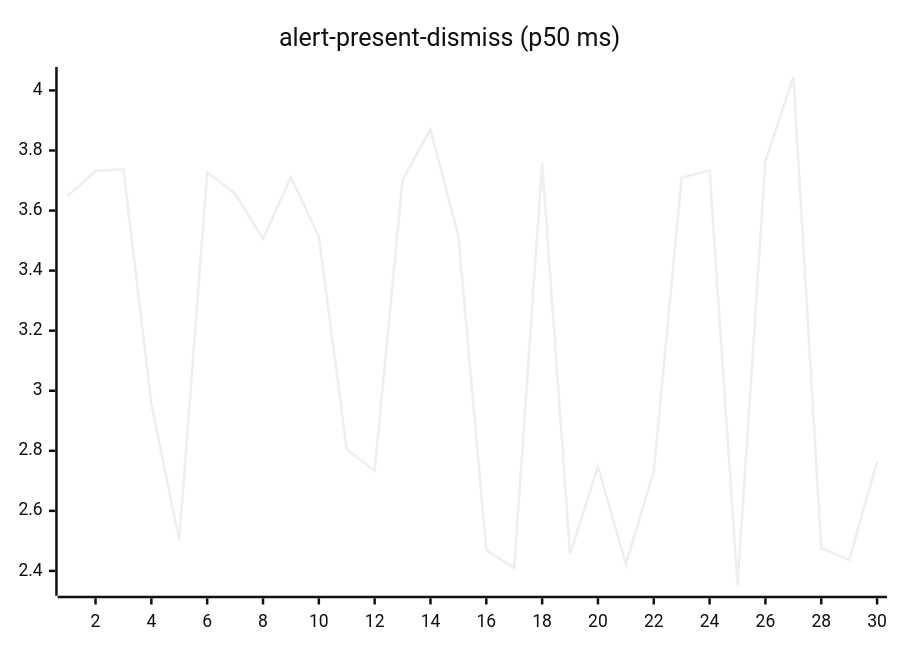
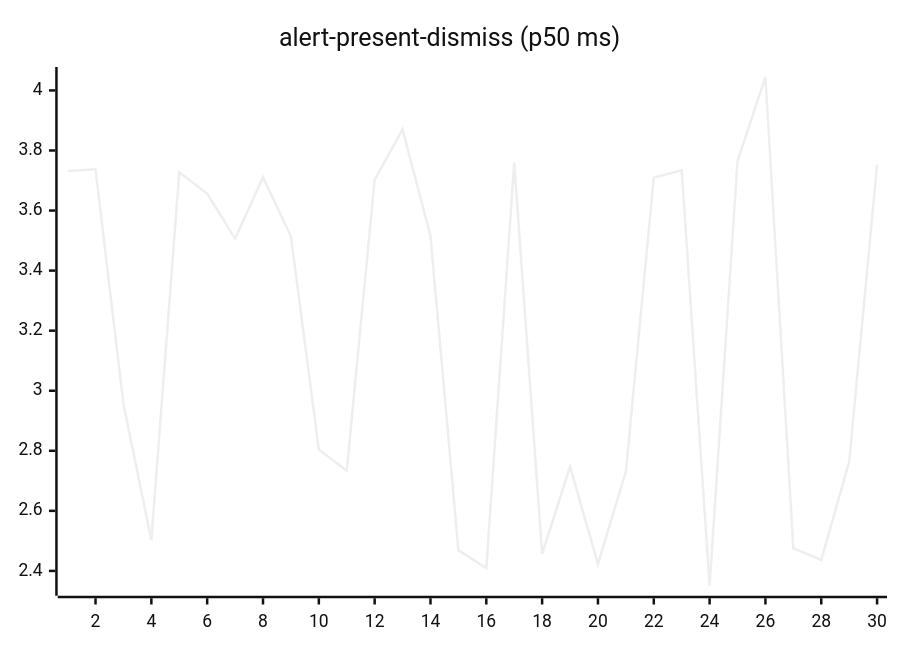
One commit to josha/Facet changed the second of 27 diagrams in README.md. Above: the diagram before and after it, drawn with Mermaid (neutral theme). The commit also changed other lines of this file and 2 other files, not shown here.

````diff
--- a/README.md
+++ b/README.md
@@ -70,6 +70,6 @@
 ```mermaid
 xychart-beta
     title "alert-present-dismiss (p50 ms)"
     x-axis 1 --> 30
-    line [3.6480, 3.7318, 3.7373, 2.9562, 2.5024, 3.7273, 3.6562, 3.5064, 3.7112, 3.5136, 2.8044, 2.7337, 3.7022, 3.8703, 3.5157, 2.4688, 2.4093, 3.7592, 2.4564, 2.7475, 2.4232, 2.7312, 3.7096, 3.7340, 2.3506, 3.7650, 4.0447, 2.4759, 2.4363, 2.7635]
+    line [3.7318, 3.7373, 2.9562, 2.5024, 3.7273, 3.6562, 3.5064, 3.7112, 3.5136, 2.8044, 2.7337, 3.7022, 3.8703, 3.5157, 2.4688, 2.4093, 3.7592, 2.4564, 2.7475, 2.4232, 2.7312, 3.7096, 3.7340, 2.3506, 3.7650, 4.0447, 2.4759, 2.4363, 2.7635, 3.7527]
 ```
````
